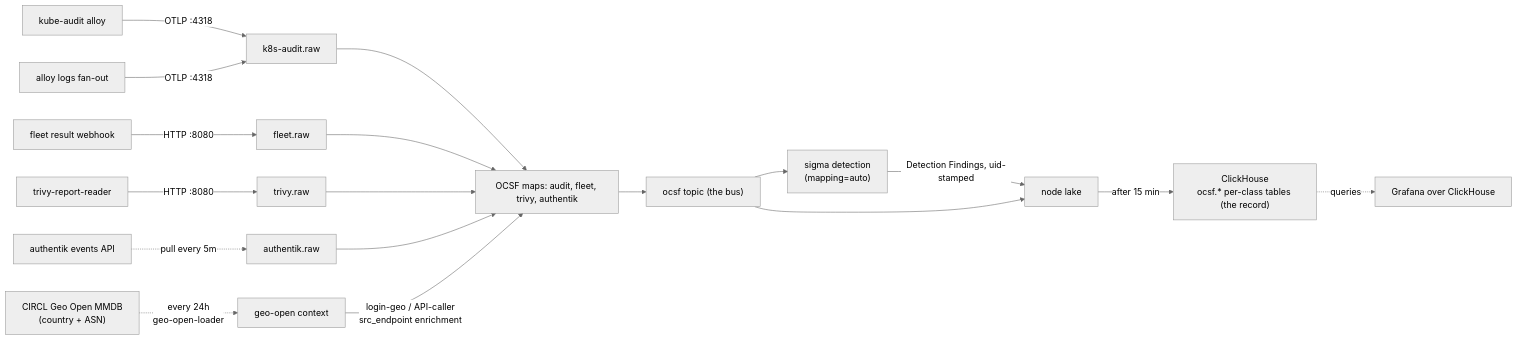
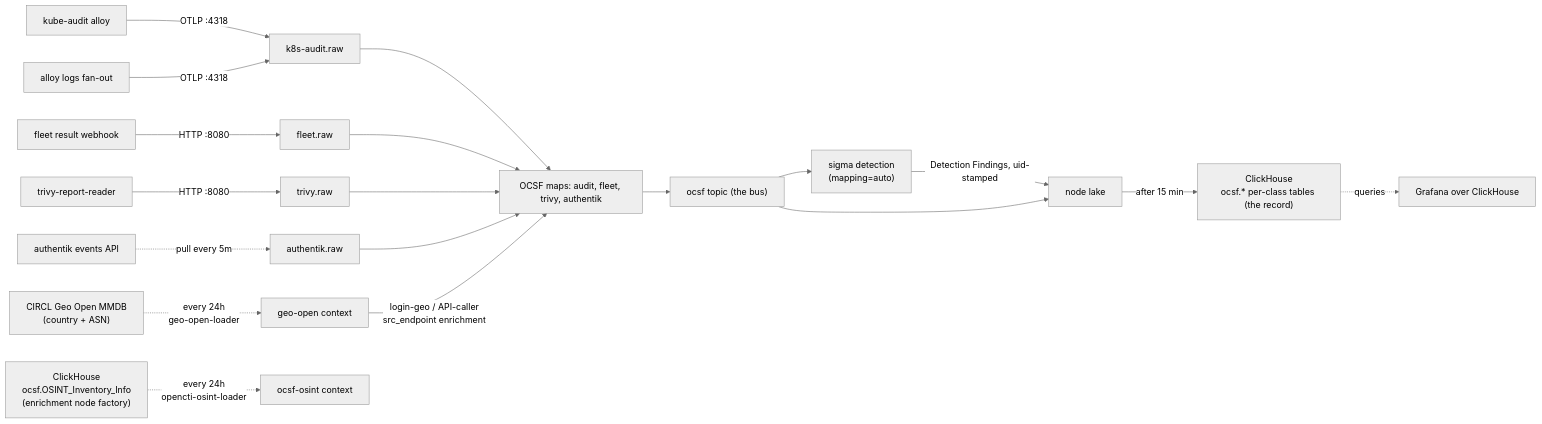
The diagram in flux/manifests/04-apps/security/tenzir/nodes/core/README.md (Apocrathia/homelab), drawn with Mermaid (neutral theme) before and after one commit. The commit also changed other lines of this file and 119 other files, not shown here.

````diff
--- a/flux/manifests/04-apps/security/tenzir/nodes/core/README.md
+++ b/flux/manifests/04-apps/security/tenzir/nodes/core/README.md
@@ -41,21 +47,22 @@
 ```mermaid
 flowchart LR
     KAT["kube-audit alloy"] -->|"OTLP :4318"| AUD["k8s-audit.raw"]
     ALY["alloy logs fan-out"] -->|"OTLP :4318"| AUD
     FRW["fleet result webhook"] -->|"HTTP :8080"| FLT["fleet.raw"]
     TRR["trivy-report-reader"] -->|"HTTP :8080"| TRV["trivy.raw"]
     AKE["authentik events API"] -.->|"pull every 5m"| ATH["authentik.raw"]
 
     AUD --> MAP["OCSF maps: audit, fleet, trivy, authentik"]
     FLT --> MAP
     TRV --> MAP
     ATH --> MAP
     CIRCL["CIRCL Geo Open MMDB<br/>(country + ASN)"] -.->|"every 24h<br/>geo-open-loader"| GEO["geo-open context"]
     GEO -->|"login-geo / API-caller<br/>src_endpoint enrichment"| MAP
+    CHOS["ClickHouse<br/>ocsf.OSINT_Inventory_Info<br/>(enrichment node factory)"] -.->|"every 24h<br/>opencti-osint-loader"| OCTX["ocsf-osint context"]
     MAP --> BUS["ocsf topic (the bus)"]
     BUS --> SIG["sigma detection<br/>(mapping=auto)"]
     SIG -->|"Detection Findings, uid-stamped"| LAKE["node lake"]
     BUS --> LAKE
     LAKE -->|"after 15 min"| CH["ClickHouse<br/>ocsf.* per-class tables (the record)"]
     CH -.->|"queries"| GRAF["Grafana over ClickHouse"]
 ```
````
